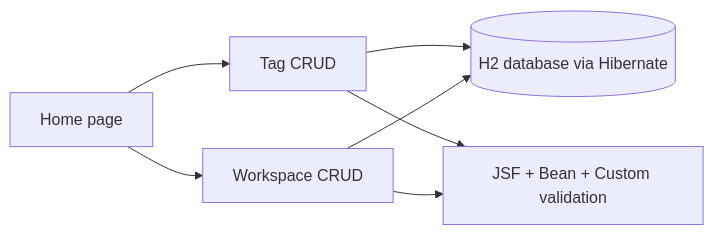
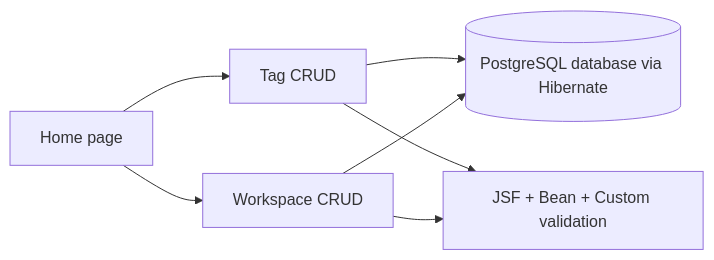
One commit to Jess-xca/Notekeeper_JSF changed the third of 4 diagrams in docs/NoteKeeper_Phase1_Project_Proposal.md. Above: the diagram before and after it, drawn with Mermaid. The commit also changed other lines of this file, not shown here.

Commit message:
docs: update Phase-1 proposal to use PostgreSQL

````diff
--- a/docs/NoteKeeper_Phase1_Project_Proposal.md
+++ b/docs/NoteKeeper_Phase1_Project_Proposal.md
@@ -137,9 +137,9 @@
 ```mermaid
 flowchart LR
     A[Home page] --> B[Tag CRUD]
     A --> C[Workspace CRUD]
-    B --> D[(H2 database via Hibernate)]
+    B --> D[(PostgreSQL database via Hibernate)]
     C --> D
     B --> E[JSF + Bean + Custom validation]
     C --> E
 ```
````
